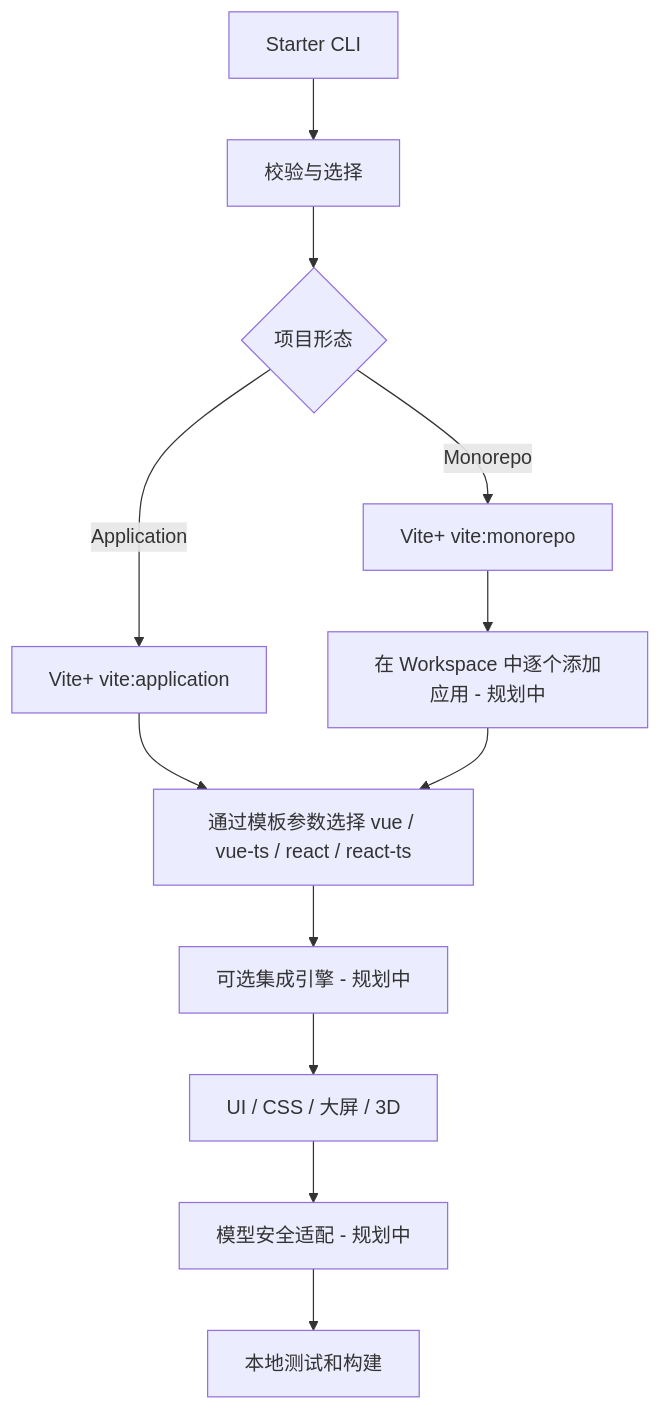
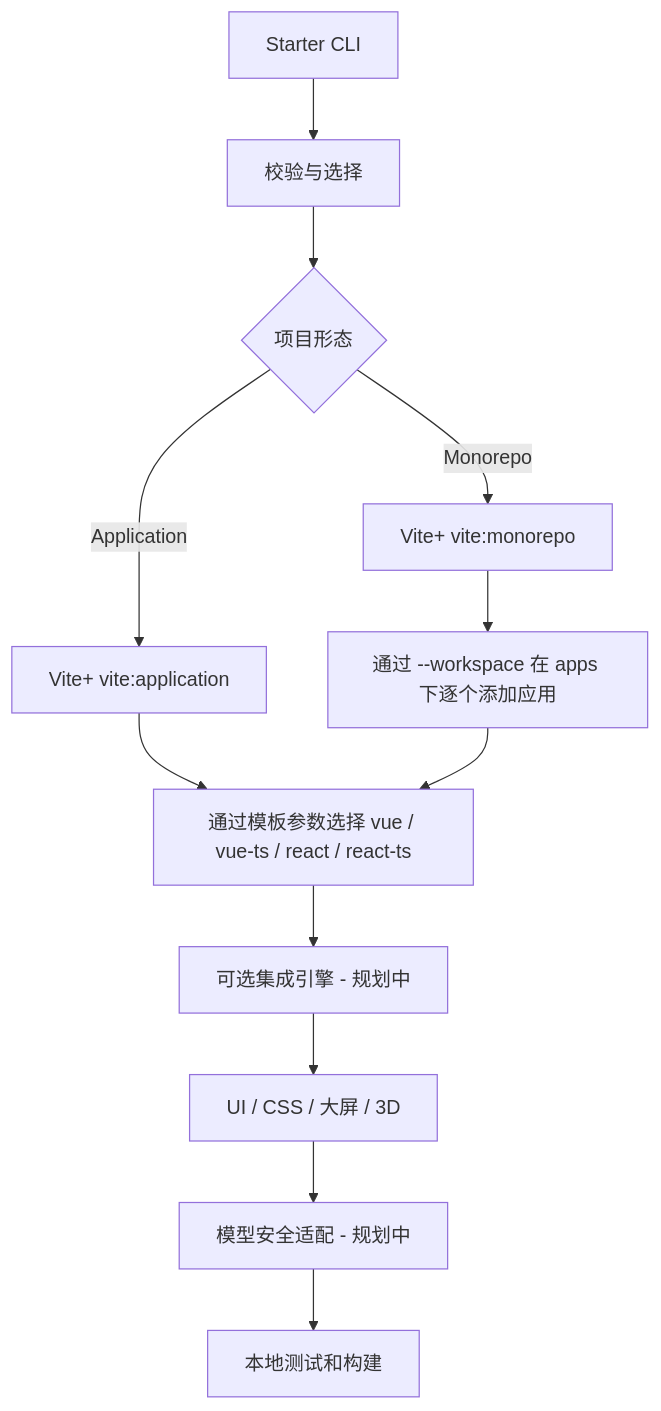
Before and after one commit to adui-dev/viteplus-starter: the diagram in docs/ARCHITECTURE.md, drawn with Mermaid. The commit also changed other lines of this file and 17 other files, not shown here.

````diff
--- a/docs/ARCHITECTURE.md
+++ b/docs/ARCHITECTURE.md
@@ -7,14 +7,14 @@
 ```mermaid
 flowchart TD
   A[Starter CLI] --> B[校验与选择]
   B --> C{项目形态}
   C -->|Application| D[Vite+ vite:application]
   C -->|Monorepo| E[Vite+ vite:monorepo]
   D --> F[通过模板参数选择 vue / vue-ts / react / react-ts]
-  E --> K[在 Workspace 中逐个添加应用 - 规划中]
+  E --> K[通过 --workspace 在 apps 下逐个添加应用]
   K --> F
   F --> G[可选集成引擎 - 规划中]
   G --> H[UI / CSS / 大屏 / 3D]
   H --> I[模型安全适配 - 规划中]
   I --> J[本地测试和构建]
 ```
````
